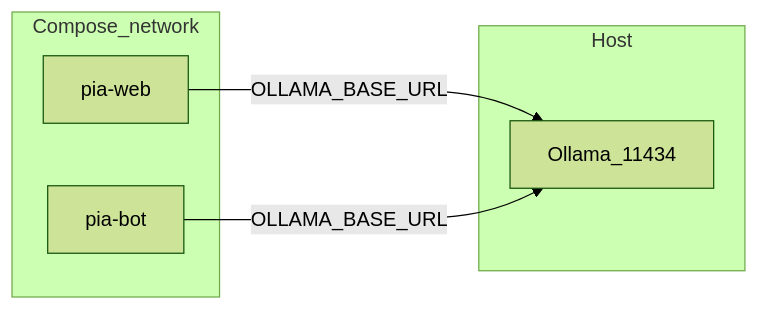
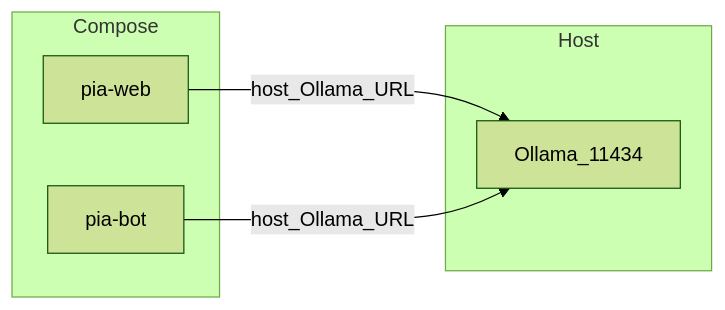
The first of 2 diagrams in docs/compose.md (giannisalinetti/personal-investment-assistant), drawn with Mermaid (forest theme) before and after one commit. The commit also changed other lines of this file and 7 other files, not shown here.

First line of the commit message:
Reach host Ollama from Compose without host networking.

````diff
--- a/docs/compose.md
+++ b/docs/compose.md
@@ -94,12 +112,12 @@
 ```mermaid
 flowchart LR
   subgraph host [Host]
     ollama[Ollama_11434]
   end
-  subgraph composeNet [Compose_network]
+  subgraph composeNet [Compose]
     web[pia-web]
     bot[pia-bot]
   end
-  web -->|"OLLAMA_BASE_URL"| ollama
-  bot -->|"OLLAMA_BASE_URL"| ollama
+  web -->|"host_Ollama_URL"| ollama
+  bot -->|"host_Ollama_URL"| ollama
 ```
````
